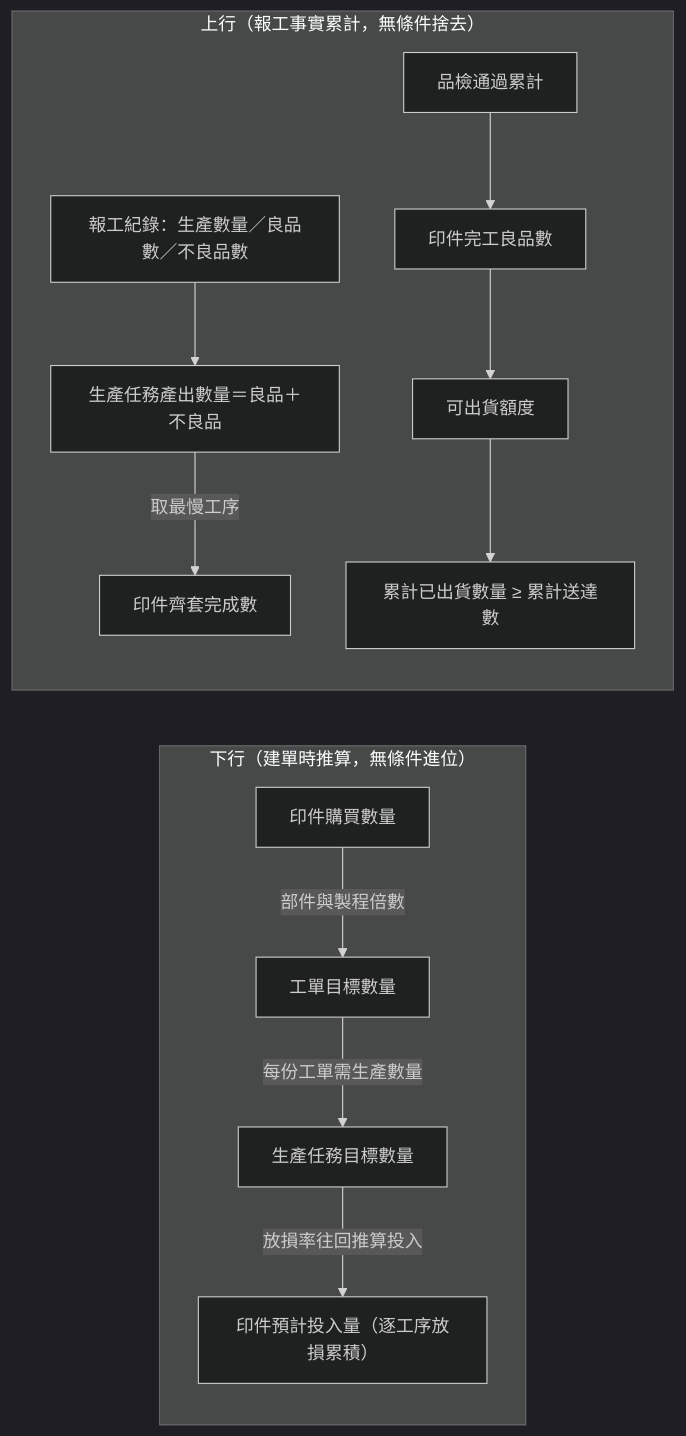
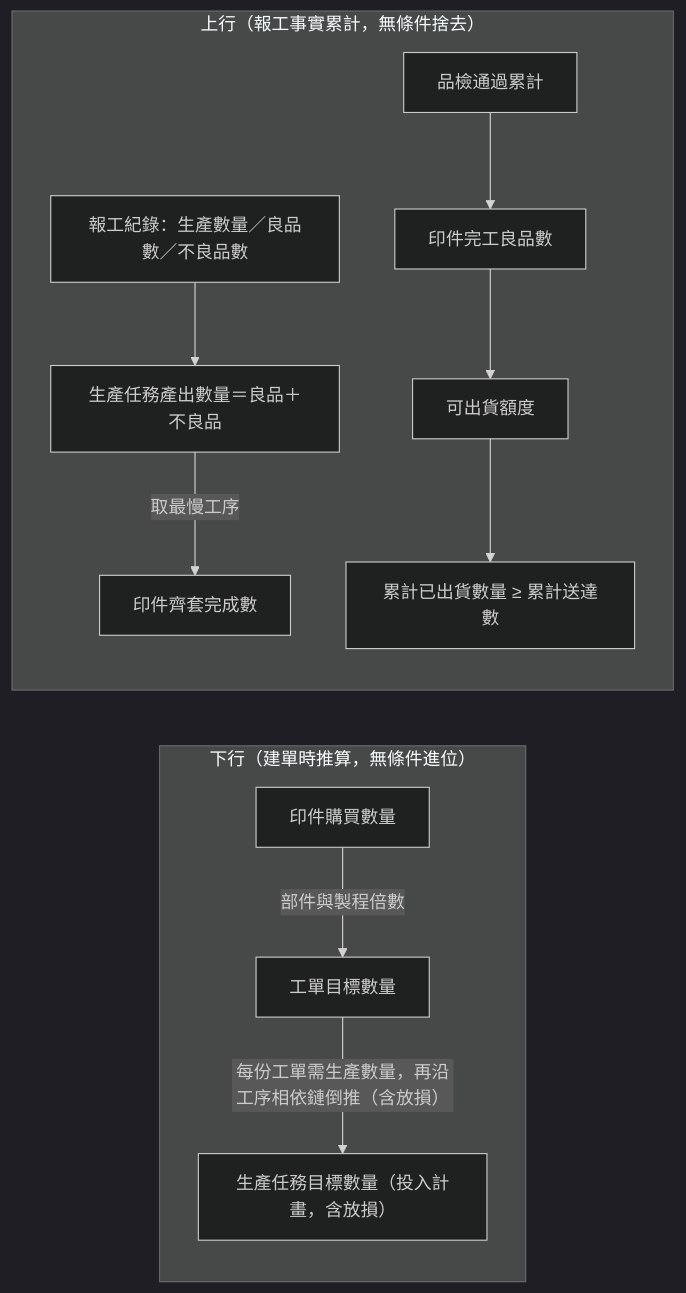
Before and after one commit to Kawato-Miles/erp-spec: the third of 4 diagrams in memory/Sens_wiki/wiki/erp/05-entities/生產領域資料結構總覽.md, drawn with Mermaid (dark theme). The commit also changed other lines of this file and 24 other files, not shown here.

````diff
--- a/memory/Sens_wiki/wiki/erp/05-entities/生產領域資料結構總覽.md
+++ b/memory/Sens_wiki/wiki/erp/05-entities/生產領域資料結構總覽.md
@@ -81,15 +81,14 @@
 ```mermaid
 flowchart LR
     subgraph 下行規劃["下行（建單時推算，無條件進位）"]
         Q1["印件購買數量"] -->|"部件與製程倍數"| Q2["工單目標數量"]
-        Q2 -->|"每份工單需生產數量"| Q3["生產任務目標數量"]
-        Q3 -->|"放損率往回推算投入"| Q4["印件預計投入量（逐工序放損累積）"]
+        Q2 -->|"每份工單需生產數量，再沿工序相依鏈倒推（含放損）"| Q3["生產任務目標數量（投入計畫，含放損）"]
     end
     subgraph 上行收斂["上行（報工事實累計，無條件捨去）"]
         R1["報工紀錄：生產數量／良品數／不良品數"] --> R2["生產任務產出數量＝良品＋不良品"]
         R2 -->|"取最慢工序"| R3["印件齊套完成數"]
         R4["品檢通過累計"] --> R5["印件完工良品數"]
         R5 --> R6["可出貨額度"]
         R6 --> R7["累計已出貨數量 ≥ 累計送達數"]
     end
 ```
````
